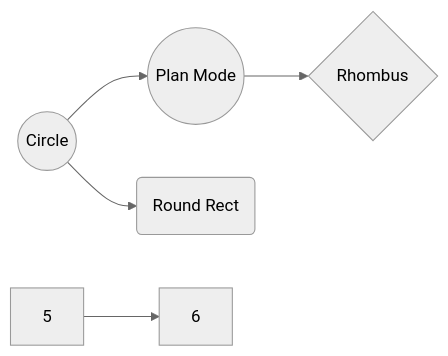
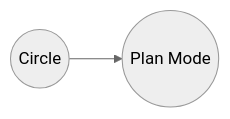
One commit to sramire3000/documentacion changed the diagram in OpenCode/SpecDrivenDevelopment.md. Above: the diagram before and after it, drawn with Mermaid (neutral theme).

Commit message:
Revise flowchart notation in SpecDrivenDevelopment.md
Updated flowchart in SpecDrivenDevelopment.md to use new notation.

````diff
--- a/OpenCode/SpecDrivenDevelopment.md
+++ b/OpenCode/SpecDrivenDevelopment.md
@@ -4,7 +4,4 @@
 ```mermaid
 graph LR
-1((Circle)) --> 2((Plan Mode))
-1 --> 3(Round Rect)
-2 --> 4{Rhombus}
-5 --> 6
+A((Circle)) --> B((Plan Mode))
 ```
````
